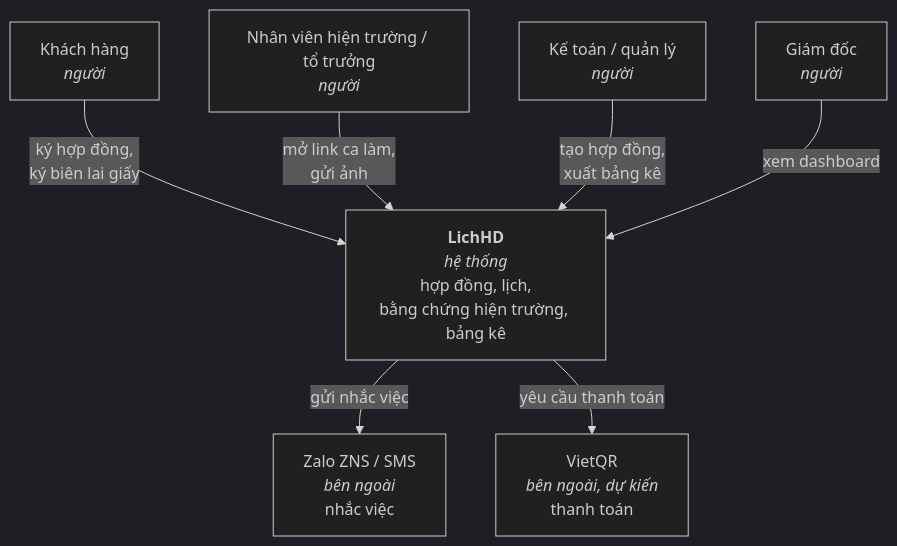
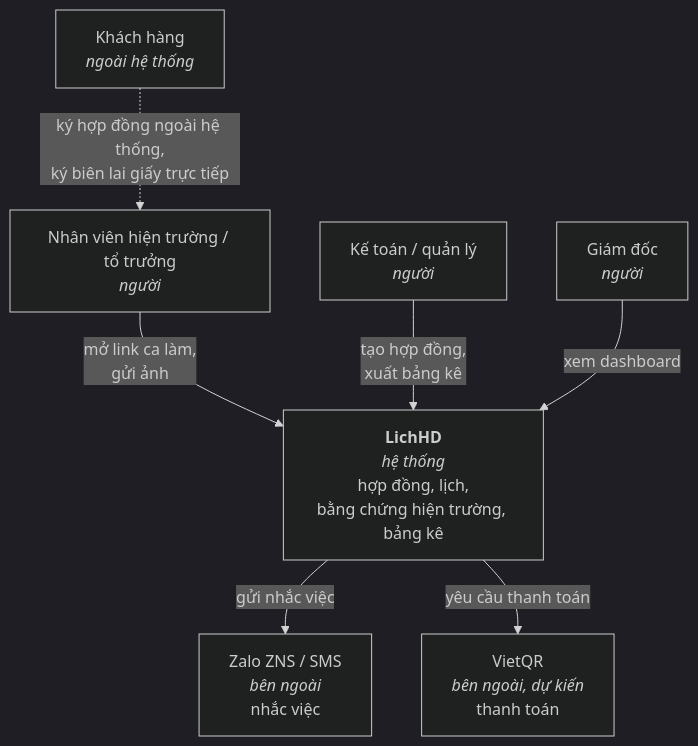
Before and after one commit to dDxCg/contrack: the second of 5 diagrams in README.vi.md, drawn with Mermaid (dark theme). The commit also changed other lines of this file and 27 other files, not shown here.

````diff
--- a/README.vi.md
+++ b/README.vi.md
@@ -92,20 +123,20 @@
 ```mermaid
 flowchart TB
-    customer["Khách hàng<br/><i>người</i>"]
+    customer["Khách hàng<br/><i>ngoài hệ thống</i>"]
     employee["Nhân viên hiện trường / tổ trưởng<br/><i>người</i>"]
     accountant["Kế toán / quản lý<br/><i>người</i>"]
     director["Giám đốc<br/><i>người</i>"]
 
     lichhd["<b>LichHD</b><br/><i>hệ thống</i><br/>hợp đồng, lịch,<br/>bằng chứng hiện trường, bảng kê"]
 
     zalo["Zalo ZNS / SMS<br/><i>bên ngoài</i><br/>nhắc việc"]
     vietqr["VietQR<br/><i>bên ngoài, dự kiến</i><br/>thanh toán"]
 
-    customer -->|"ký hợp đồng,<br/>ký biên lai giấy"| lichhd
+    customer -.->|"ký hợp đồng ngoài hệ thống,<br/>ký biên lai giấy trực tiếp"| employee
     employee -->|"mở link ca làm,<br/>gửi ảnh"| lichhd
     accountant -->|"tạo hợp đồng,<br/>xuất bảng kê"| lichhd
     director -->|"xem dashboard"| lichhd
 
     lichhd -->|"gửi nhắc việc"| zalo
     lichhd -->|"yêu cầu thanh toán"| vietqr
 ```
````
